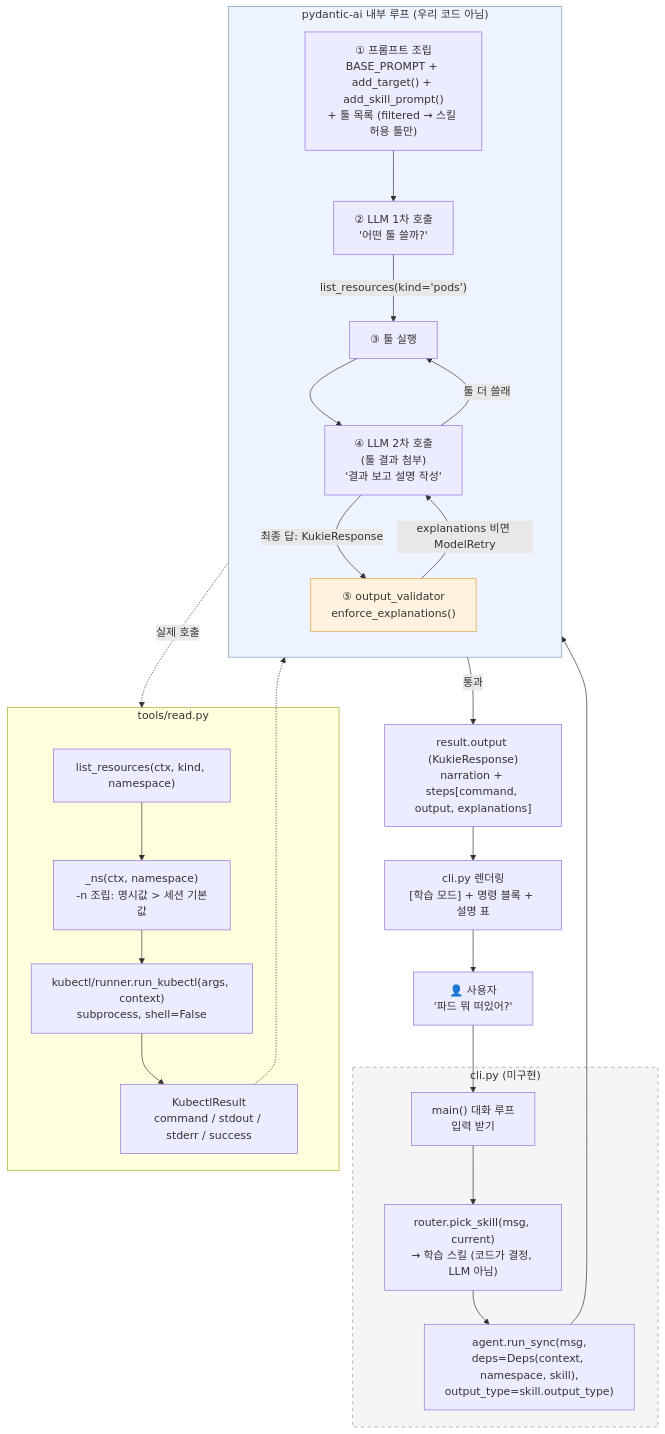
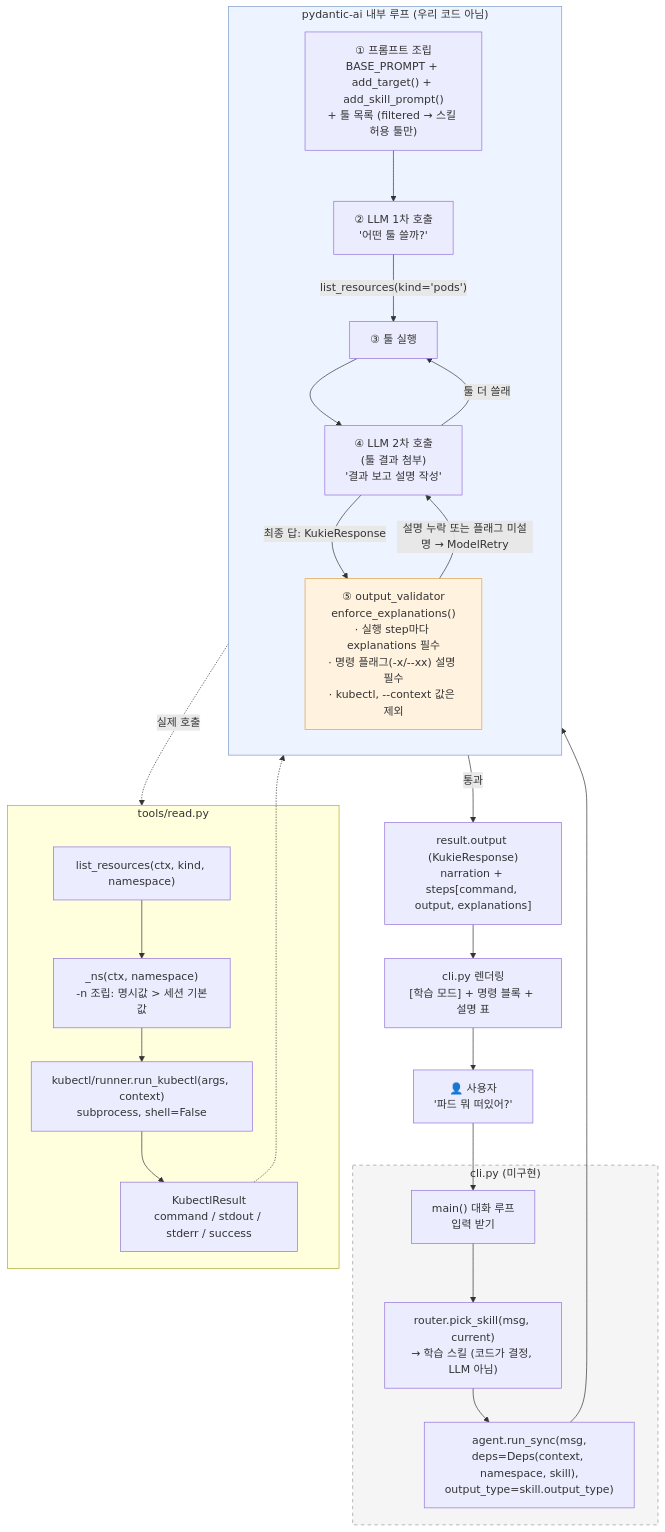
The first of 3 diagrams in docs/agent-flow.md (durokukie/agent), drawn with Mermaid before and after one commit. The commit also changed other lines of this file and 3 other files, not shown here.

First line of the commit message:
fix: 검증기 플래그 비교를 토큰 단위로, --context= 형식 제외 (CodeRabbit 반영)

````diff
--- a/docs/agent-flow.md
+++ b/docs/agent-flow.md
@@ -8,41 +8,41 @@
 ```mermaid
 flowchart TD
     U["👤 사용자<br/>'파드 뭐 떠있어?'"] --> CLI
 
     subgraph CLI_["cli.py (미구현)"]
         CLI["main() 대화 루프<br/>입력 받기"]
         CLI --> R["router.pick_skill(msg, current)<br/>→ 학습 스킬 (코드가 결정, LLM 아님)"]
         R --> RUN["agent.run_sync(msg,<br/>deps=Deps(context, namespace, skill),<br/>output_type=skill.output_type)"]
     end
 
     RUN --> PA
 
     subgraph PA["pydantic-ai 내부 루프 (우리 코드 아님)"]
         direction TB
         P1["① 프롬프트 조립<br/>BASE_PROMPT + add_target() + add_skill_prompt()<br/>+ 툴 목록 (filtered → 스킬 허용 툴만)"]
         P1 --> L1["② LLM 1차 호출<br/>'어떤 툴 쓸까?'"]
         L1 -->|"list_resources(kind='pods')"| T
         T["③ 툴 실행"] --> L2["④ LLM 2차 호출<br/>(툴 결과 첨부)<br/>'결과 보고 설명 작성'"]
         L2 -->|"툴 더 쓸래"| T
-        L2 -->|"최종 답: KukieResponse"| V["⑤ output_validator<br/>enforce_explanations()"]
-        V -->|"explanations 비면 ModelRetry"| L2
+        L2 -->|"최종 답: KukieResponse"| V["⑤ output_validator<br/>enforce_explanations()<br/>· 실행 step마다 explanations 필수<br/>· 명령 플래그(-x/--xx) 설명 필수<br/>· kubectl, --context 값은 제외"]
+        V -->|"설명 누락 또는 플래그 미설명 → ModelRetry"| L2
     end
 
     T -.->|"실제 호출"| RT
 
     subgraph RT["tools/read.py"]
         RT1["list_resources(ctx, kind, namespace)"]
         RT1 --> NS["_ns(ctx, namespace)<br/>-n 조립: 명시값 > 세션 기본값"]
         NS --> RK["kubectl/runner.run_kubectl(args, context)<br/>subprocess, shell=False"]
         RK --> KR["KubectlResult<br/>command / stdout / stderr / success"]
     end
 
     KR -.-> T
     V -->|"통과"| OUT["result.output (KukieResponse)<br/>narration + steps[command, output, explanations]"]
     OUT --> CLI2["cli.py 렌더링<br/>[학습 모드] + 명령 블록 + 설명 표"]
     CLI2 --> U
 
     style CLI_ fill:#f5f5f5,stroke:#999,stroke-dasharray: 5 5
     style PA fill:#eef4ff,stroke:#7a9cc6
     style V fill:#fff3e0,stroke:#e0a040
 ```
````
